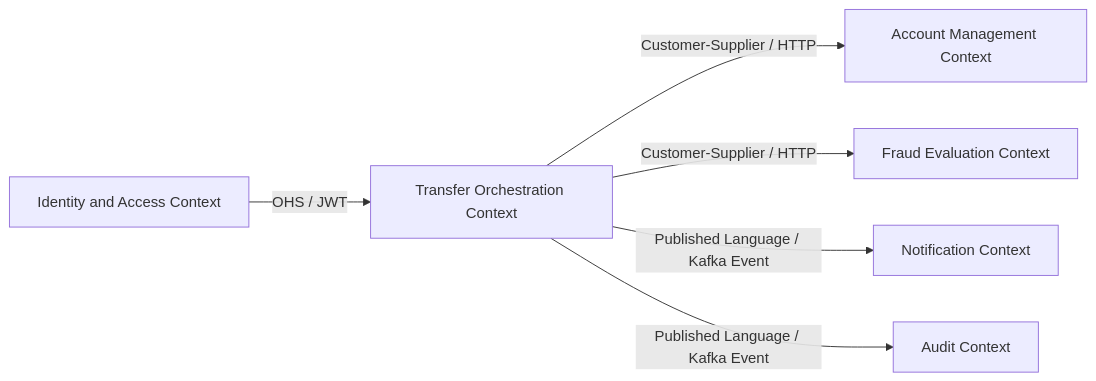
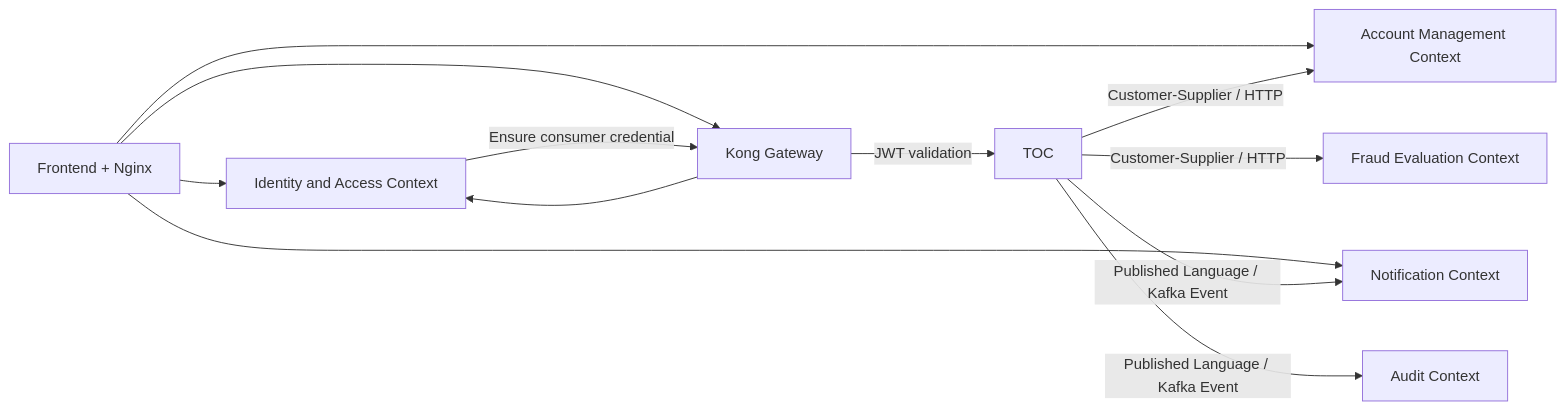
One commit to HungDung2012/mini-banking-transfer-system changed the second of 5 diagrams in docs/analysis-and-design-ddd.md. Above: the diagram before and after it, drawn with Mermaid. The commit also changed other lines of this file and 3 other files, not shown here.

Commit message:
fix: loi dung chung api nginx va kong

````diff
--- a/docs/analysis-and-design-ddd.md
+++ b/docs/analysis-and-design-ddd.md
@@ -128,8 +144,14 @@
 ```mermaid
 graph LR
-    IAM[Identity and Access Context] -- "OHS / JWT" --> TOC[Transfer Orchestration Context]
+    UI[Frontend + Nginx] --> IAM[Identity and Access Context]
+    UI --> AMC[Account Management Context]
+    UI --> NC[Notification Context]
+    UI --> KG[Kong Gateway]
+    KG --> IAM
+    IAM -- "Ensure consumer credential" --> KG
+    KG -- "JWT validation" --> TOC
     TOC -- "Customer-Supplier / HTTP" --> AMC[Account Management Context]
     TOC -- "Customer-Supplier / HTTP" --> FEC[Fraud Evaluation Context]
-    TOC -- "Published Language / Kafka Event" --> NC[Notification Context]
+    TOC -- "Published Language / Kafka Event" --> NC
     TOC -- "Published Language / Kafka Event" --> AC[Audit Context]
 ```
````
